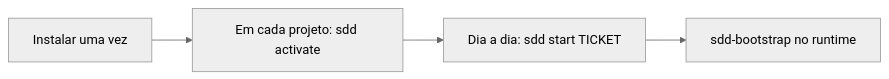
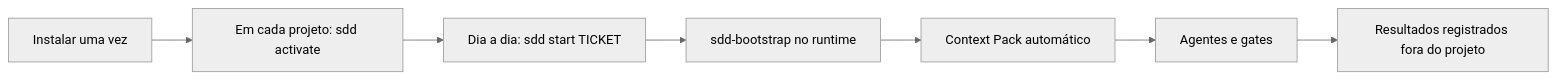
The diagram in docs/QUICKSTART.md (fellipemauriciosilva/sdd-toolkit), drawn with Mermaid (neutral theme) before and after one commit. The commit also changed other lines of this file and 105 other files, not shown here.

Commit message:
feat: add context pack orchestration

````diff
--- a/docs/QUICKSTART.md
+++ b/docs/QUICKSTART.md
@@ -7,6 +7,9 @@
 ```mermaid
 flowchart LR
     I[Instalar uma vez] --> A[Em cada projeto: sdd activate]
     A --> S[Dia a dia: sdd start TICKET]
     S --> B[sdd-bootstrap no runtime]
+    B --> P[Context Pack automático]
+    P --> G[Agentes e gates]
+    G --> R[Resultados registrados fora do projeto]
 ```
````
